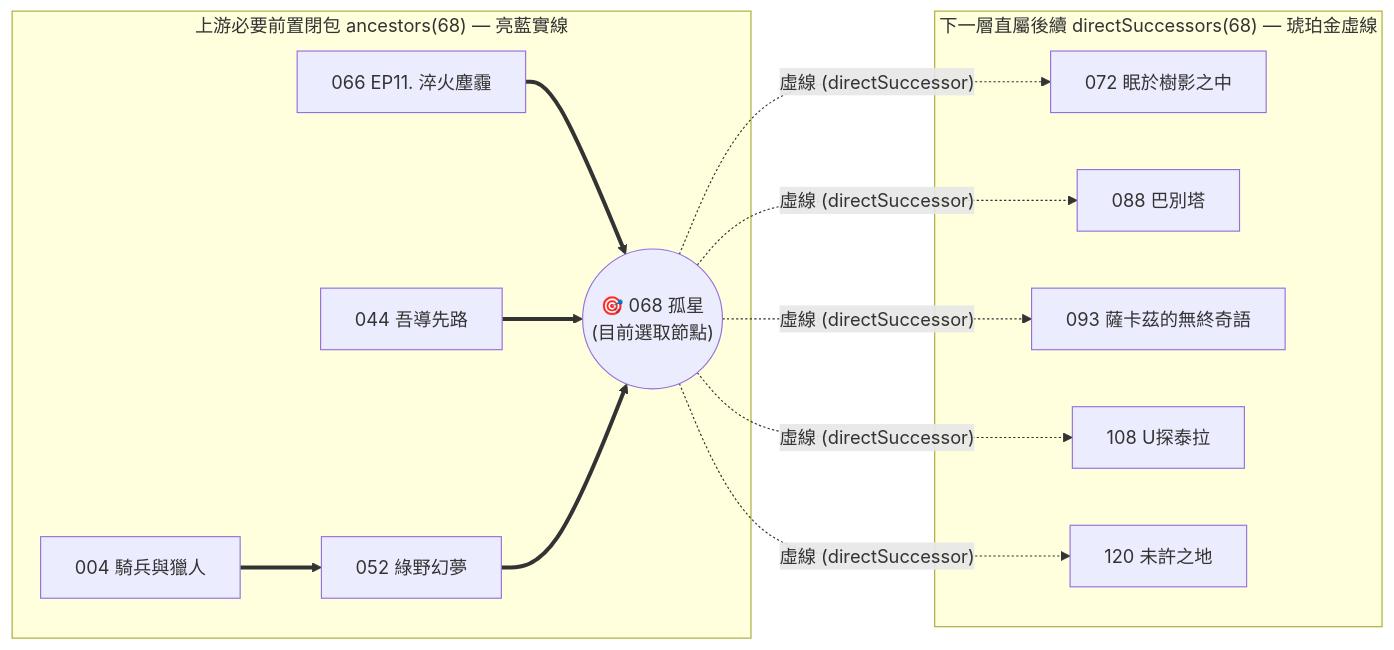
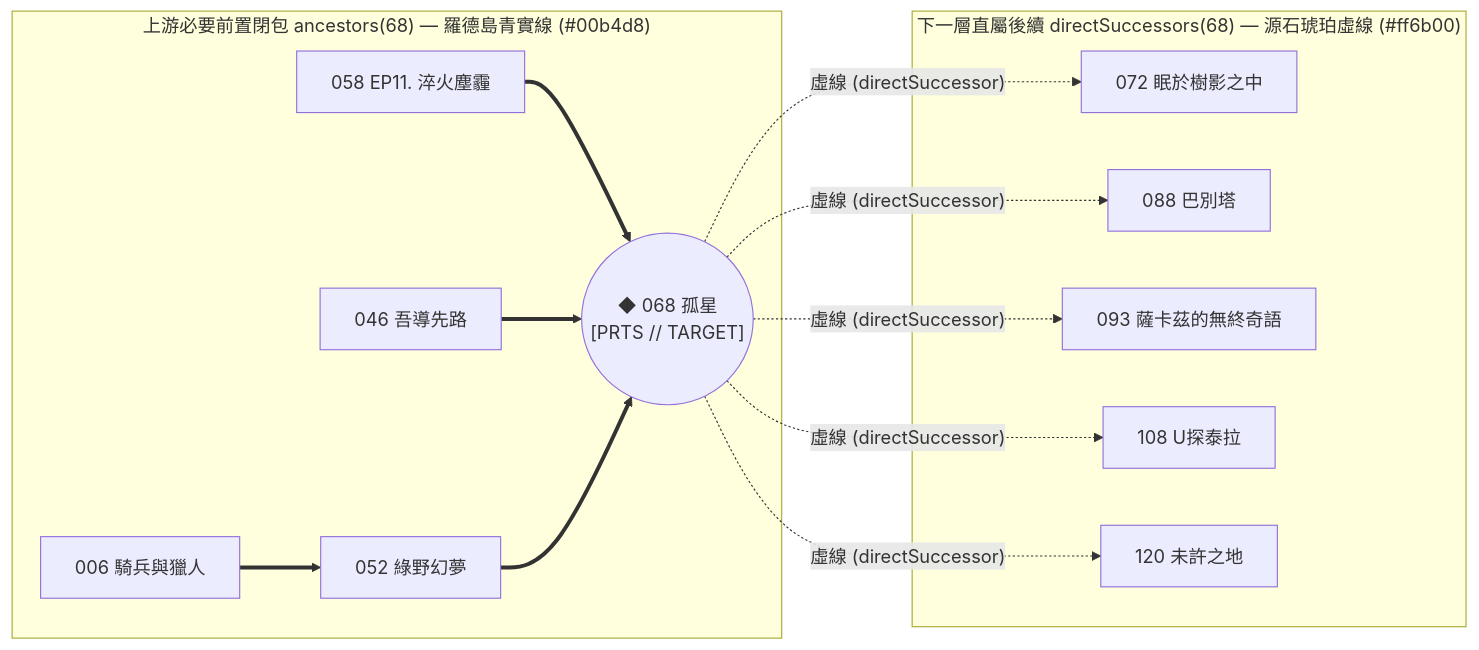
Before and after one commit to JohnsonChung/arkplots-graph: the diagram in docs/adr/ADR-003-hero-canvas-and-bidirectional-edges.md, drawn with Mermaid. The commit also changed other lines of this file and 4 other files, not shown here.

Commit message:
docs(adr): update ADR-001~003 and AI-MAINTENANCE-GUIDE for v1 PRTS default architecture and 2x physics

````diff
--- a/docs/adr/ADR-003-hero-canvas-and-bidirectional-edges.md
+++ b/docs/adr/ADR-003-hero-canvas-and-bidirectional-edges.md
@@ -36,19 +48,19 @@
 ```mermaid
 flowchart LR
-  subgraph UPSTREAM["上游必要前置閉包 ancestors(68) — 亮藍實線"]
-    P1["004 騎兵與獵人"] ==> P2["052 綠野幻夢"]
-    P3["066 EP11. 淬火塵霾"] ==> SEL
-    P4["044 吾導先路"] ==> SEL
+  subgraph UPSTREAM["上游必要前置閉包 ancestors(68) — 羅德島青實線 (#00b4d8)"]
+    P1["006 騎兵與獵人"] ==> P2["052 綠野幻夢"]
+    P3["058 EP11. 淬火塵霾"] ==> SEL
+    P4["046 吾導先路"] ==> SEL
     P2 ==> SEL
   end
 
-  SEL(("🎯 068 孤星\n(目前選取節點)"))
+  SEL(("◆ 068 孤星\n[PRTS // TARGET]"))
 
-  subgraph DOWNSTREAM["下一層直屬後續 directSuccessors(68) — 琥珀金虛線"]
+  subgraph DOWNSTREAM["下一層直屬後續 directSuccessors(68) — 源石琥珀虛線 (#ff6b00)"]
     SEL -. "虛線 (directSuccessor)" .-> N1["072 眠於樹影之中"]
     SEL -. "虛線 (directSuccessor)" .-> N2["088 巴別塔"]
     SEL -. "虛線 (directSuccessor)" .-> N3["093 薩卡茲的無終奇語"]
     SEL -. "虛線 (directSuccessor)" .-> N4["108 U探泰拉"]
     SEL -. "虛線 (directSuccessor)" .-> N5["120 未許之地"]
   end
 ```
````
